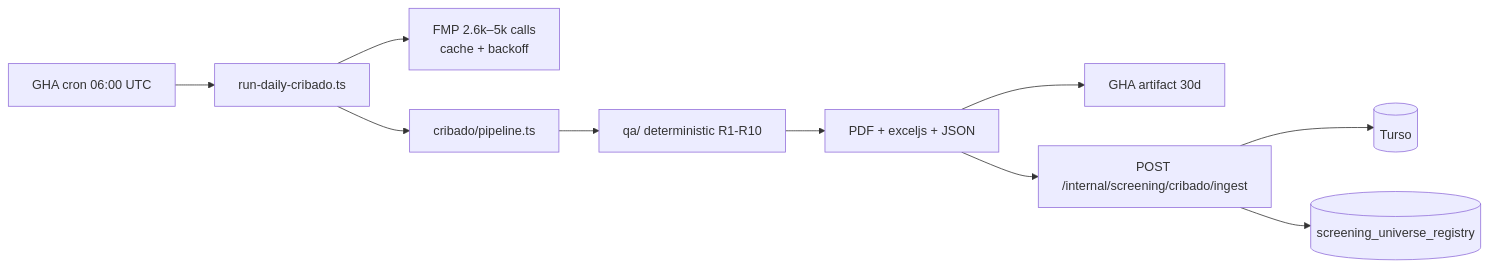
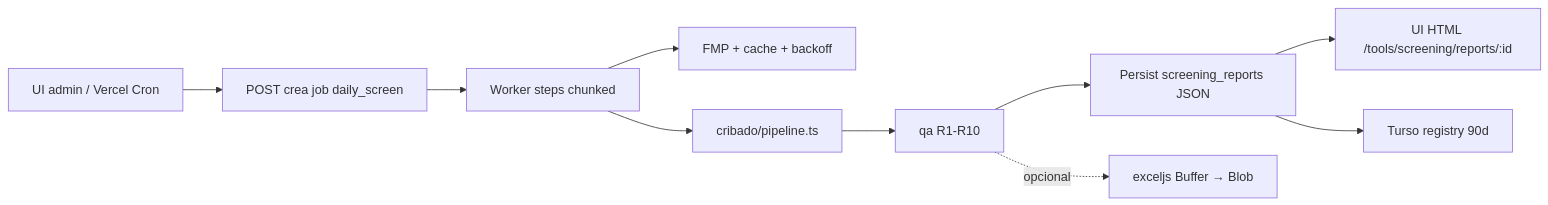
The seventh of 8 diagrams in docs/HLD_INVESTMENT_SCREENING_AGENTS.md (kyberis/stocktracker), drawn with Mermaid before and after one commit. The commit also changed other lines of this file and 53 other files, not shown here.

````diff
--- a/docs/HLD_INVESTMENT_SCREENING_AGENTS.md
+++ b/docs/HLD_INVESTMENT_SCREENING_AGENTS.md
@@ -594,12 +628,12 @@
 ```mermaid
 flowchart LR
-    CRON_GHA["GHA cron 06:00 UTC"] --> RUN["run-daily-cribado.ts"]
-    RUN --> FMP["FMP 2.6k–5k calls<br/>cache + backoff"]
-    RUN --> PIPE["cribado/pipeline.ts"]
-    PIPE --> QA["qa/ deterministic R1-R10"]
-    QA --> OUT["PDF + exceljs + JSON"]
-    OUT --> ART["GHA artifact 30d"]
-    OUT --> INGEST["POST /internal/screening/cribado/ingest"]
-    INGEST --> DB[(Turso)]
-    INGEST --> REG[(screening_universe_registry)]
+    TRIG["UI admin / Vercel Cron"] --> API["POST crea job daily_screen"]
+    API --> WRK["Worker steps chunked"]
+    WRK --> FMP["FMP + cache + backoff"]
+    WRK --> PIPE["cribado/pipeline.ts"]
+    PIPE --> QA["qa R1-R10"]
+    QA --> REP["Persist screening_reports JSON"]
+    REP --> WEB["UI HTML /tools/screening/reports/:id"]
+    QA -.->|"opcional"| XLS["exceljs Buffer → Blob"]
+    REP --> TURSO["Turso registry 90d"]
 ```
````
